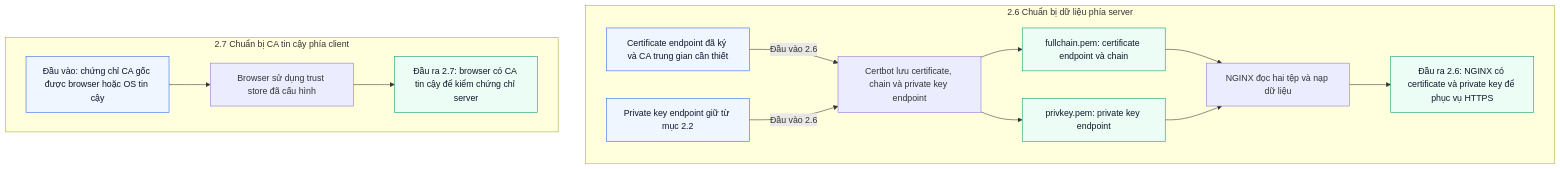
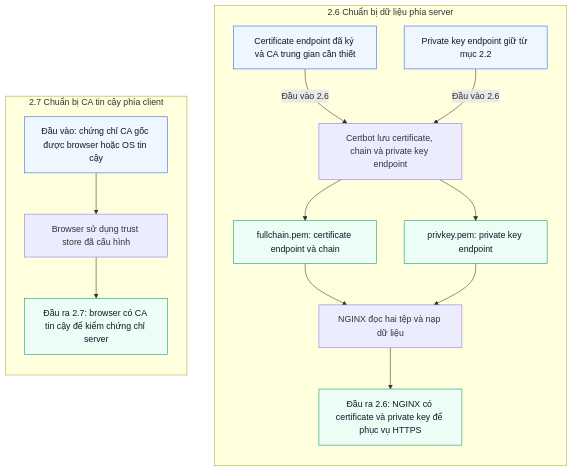
One commit to hieupham259/ansible_playbook_k8s-installation changed the second of 3 diagrams in cloudflare-rancher-docs/ca-tls-https-request-response.md. Above: the diagram before and after it, drawn with Mermaid. The commit also changed other lines of this file, not shown here.

Commit message:
docs: fix Mermaid note syntax and validate both TLS diagrams

````diff
--- a/cloudflare-rancher-docs/ca-tls-https-request-response.md
+++ b/cloudflare-rancher-docs/ca-tls-https-request-response.md
@@ -590,34 +590,36 @@
 ```mermaid
 flowchart TB
     subgraph SERVER["2.6 Chuẩn bị dữ liệu phía server"]
+        direction TB
         CERT["Certificate endpoint đã ký và CA trung gian cần thiết"]
         KEY["Private key endpoint giữ từ mục 2.2"]
         SAVE["Certbot lưu certificate, chain và private key endpoint"]
         CHAINFILE["fullchain.pem: certificate endpoint và chain"]
         KEYFILE["privkey.pem: private key endpoint"]
         LOAD["NGINX đọc hai tệp và nạp dữ liệu"]
         READY["Đầu ra 2.6: NGINX có certificate và private key để phục vụ HTTPS"]
 
         CERT -->|"Đầu vào 2.6"| SAVE
         KEY -->|"Đầu vào 2.6"| SAVE
         SAVE --> CHAINFILE
         SAVE --> KEYFILE
         CHAINFILE --> LOAD
         KEYFILE --> LOAD
         LOAD --> READY
     end
 
     subgraph CLIENT["2.7 Chuẩn bị CA tin cậy phía client"]
+        direction TB
         ROOT["Đầu vào: chứng chỉ CA gốc được browser hoặc OS tin cậy"]
         TRUST["Browser sử dụng trust store đã cấu hình"]
         VERIFY["Đầu ra 2.7: browser có CA tin cậy để kiểm chứng chỉ server"]
 
         ROOT --> TRUST
         TRUST --> VERIFY
     end
 
     classDef input fill:#eff6ff,stroke:#2563eb,color:#0f172a
     classDef output fill:#ecfdf5,stroke:#059669,color:#0f172a
     class CERT,KEY,ROOT input
     class CHAINFILE,KEYFILE,READY,VERIFY output
 ```
````
